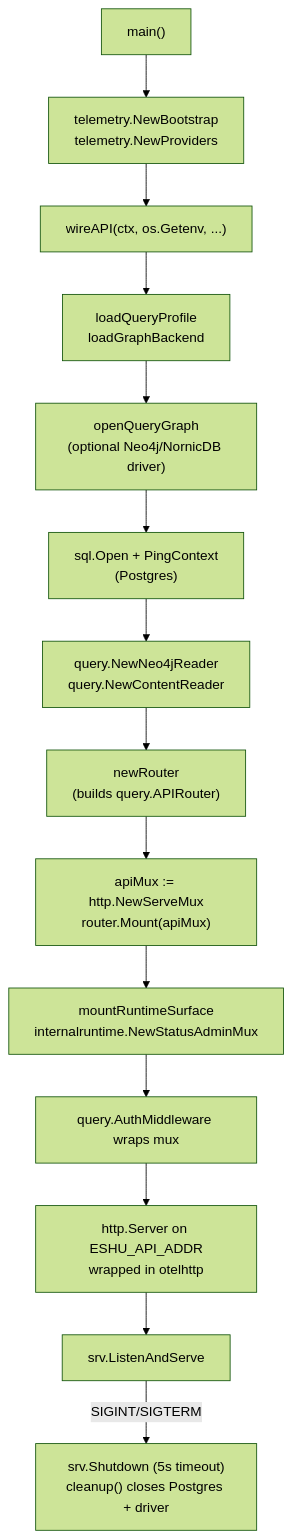
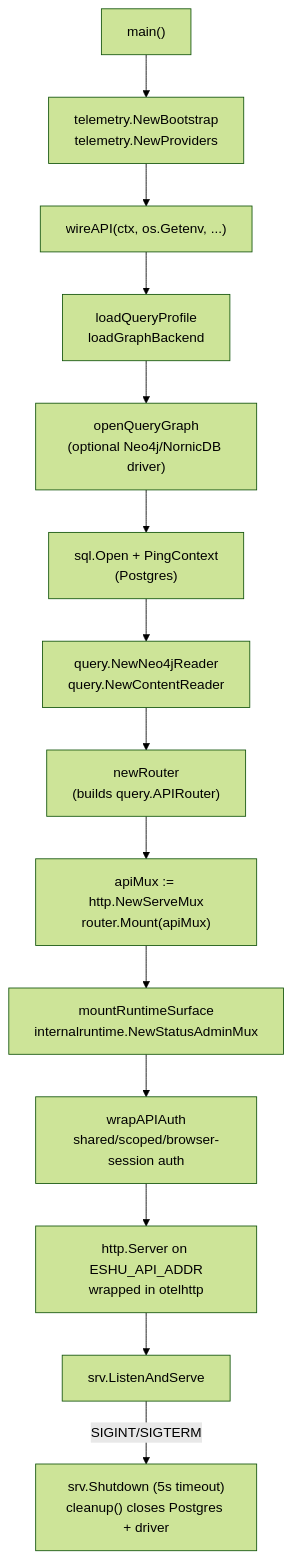
The second of 2 diagrams in go/cmd/api/README.md (eshu-hq/eshu), drawn with Mermaid (forest theme) before and after one commit. The commit also changed other lines of this file and 46 other files, not shown here.

Commit message:
feat(auth): add dashboard browser sessions

````diff
--- a/go/cmd/api/README.md
+++ b/go/cmd/api/README.md
@@ -26,16 +27,16 @@
 ```mermaid
 flowchart TB
   A["main()"] --> B["telemetry.NewBootstrap\ntelemetry.NewProviders"]
   B --> C["wireAPI(ctx, os.Getenv, ...)"]
   C --> D["loadQueryProfile\nloadGraphBackend"]
   D --> E["openQueryGraph\n(optional Neo4j/NornicDB driver)"]
   E --> F["sql.Open + PingContext\n(Postgres)"]
   F --> G["query.NewNeo4jReader\nquery.NewContentReader"]
   G --> H["newRouter\n(builds query.APIRouter)"]
   H --> I["apiMux := http.NewServeMux\nrouter.Mount(apiMux)"]
   I --> J["mountRuntimeSurface\ninternalruntime.NewStatusAdminMux"]
-  J --> K["query.AuthMiddleware wraps mux"]
+  J --> K["wrapAPIAuth\nshared/scoped/browser-session auth"]
   K --> L["http.Server on ESHU_API_ADDR\nwrapped in otelhttp"]
   L --> M["srv.ListenAndServe"]
   M -- SIGINT/SIGTERM --> N["srv.Shutdown (5s timeout)\ncleanup() closes Postgres + driver"]
 ```
````
